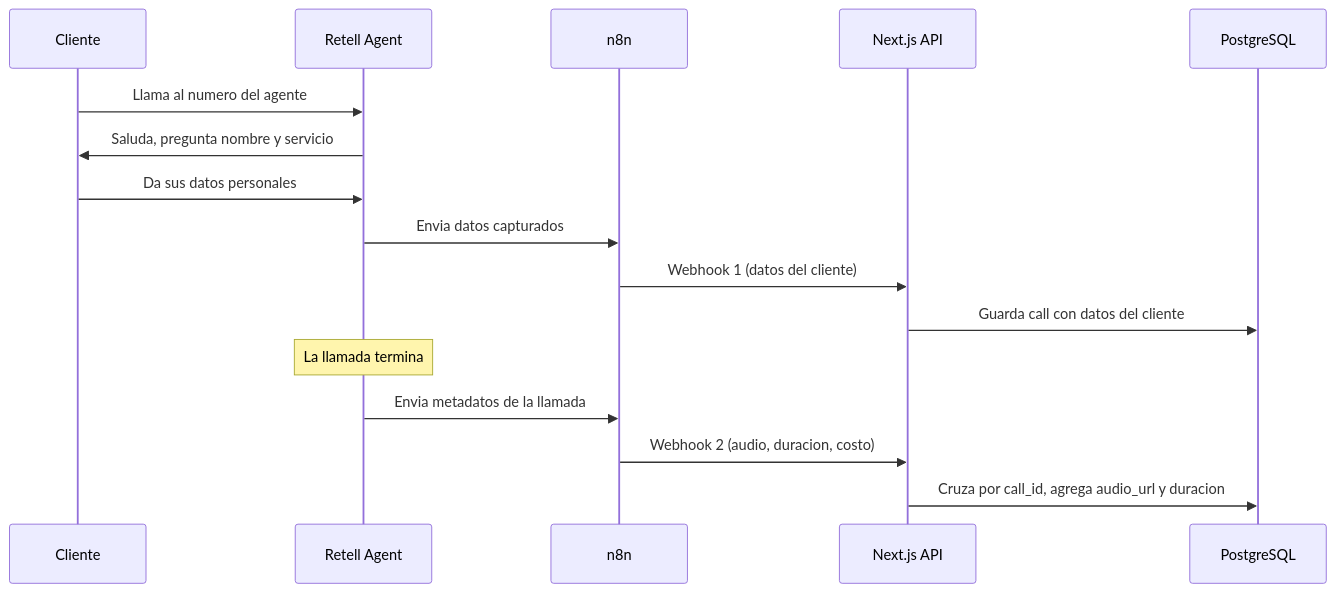
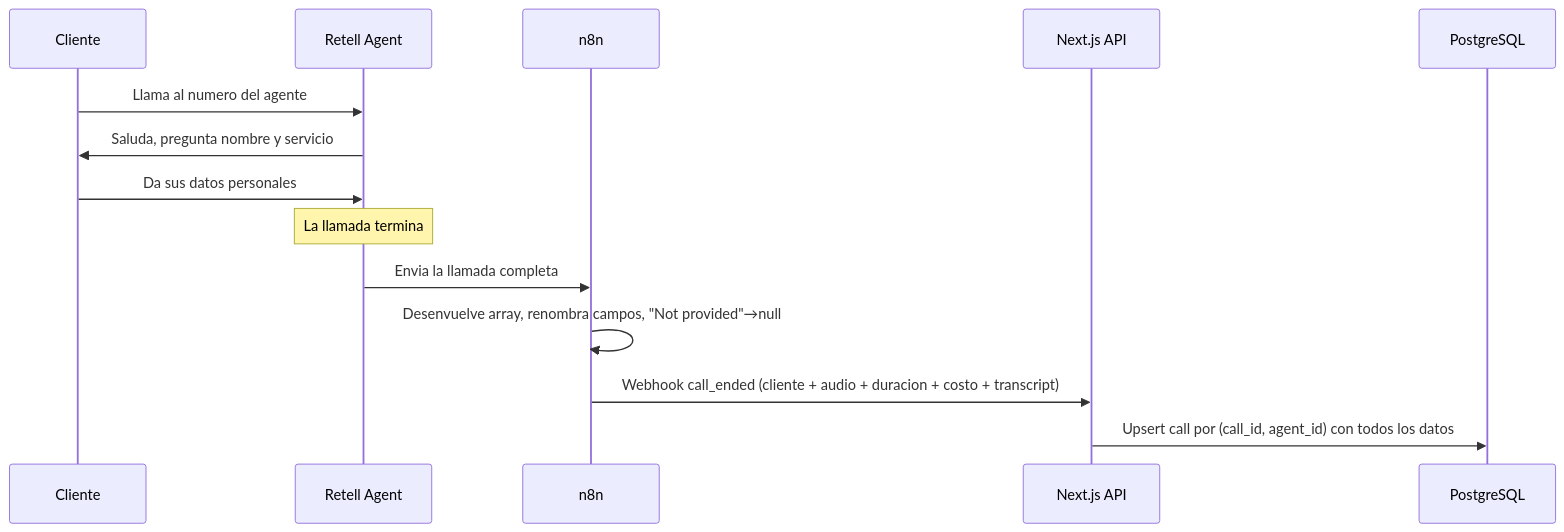
The first of 5 diagrams in docs/flows.md (Tree-Service-Marketing-Agency/call-system), drawn with Mermaid before and after one commit. The commit also changed other lines of this file and 19 other files, not shown here.

First line of the commit message:
feat(webhooks): consolidate ingestion into single call_ended webhook

````diff
--- a/docs/flows.md
+++ b/docs/flows.md
@@ -7,19 +7,17 @@
 ```mermaid
 sequenceDiagram
     participant C as Cliente
     participant R as Retell Agent
     participant N as n8n
     participant API as Next.js API
     participant DB as PostgreSQL
 
     C->>R: Llama al numero del agente
     R->>C: Saluda, pregunta nombre y servicio
     C->>R: Da sus datos personales
-    R->>N: Envia datos capturados
-    N->>API: Webhook 1 (datos del cliente)
-    API->>DB: Guarda call con datos del cliente
     Note over R: La llamada termina
-    R->>N: Envia metadatos de la llamada
-    N->>API: Webhook 2 (audio, duracion, costo)
-    API->>DB: Cruza por call_id, agrega audio_url y duracion
+    R->>N: Envia la llamada completa
+    N->>N: Desenvuelve array, renombra campos, "Not provided"→null
+    N->>API: Webhook call_ended (cliente + audio + duracion + costo + transcript)
+    API->>DB: Upsert call por (call_id, agent_id) con todos los datos
 ```
````
